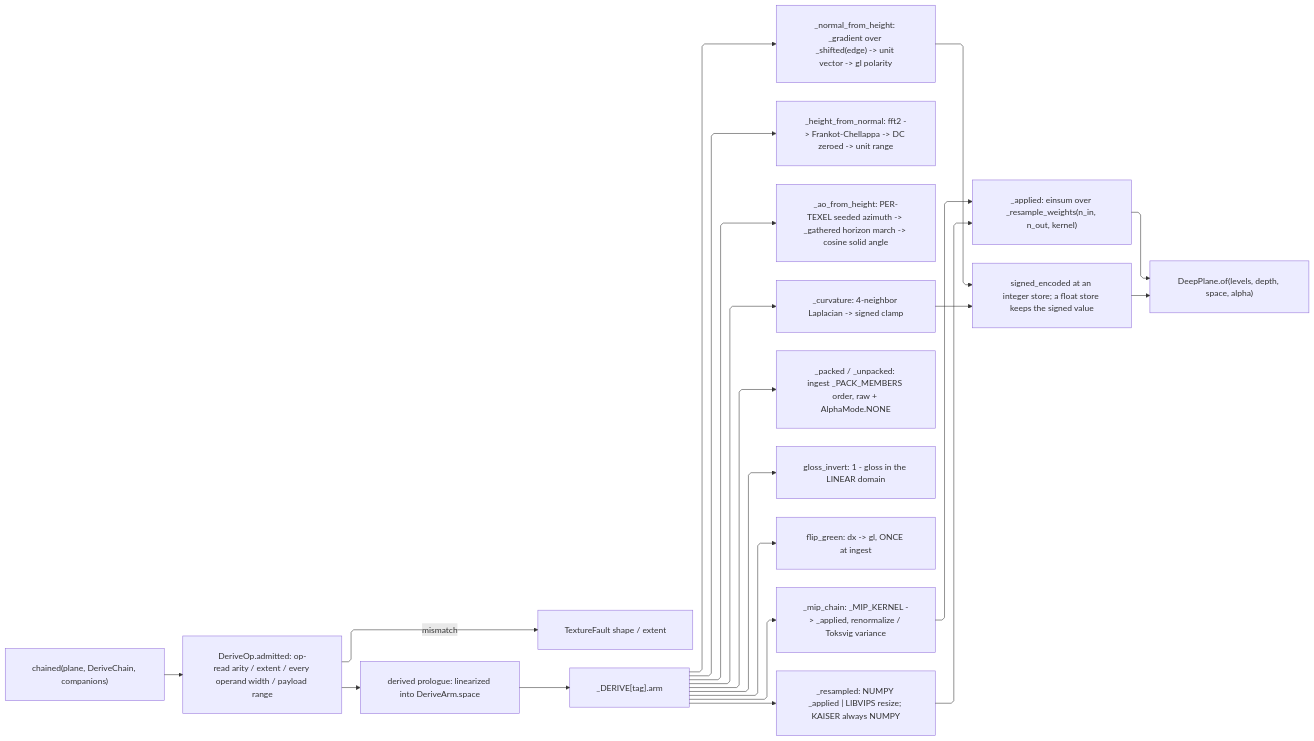
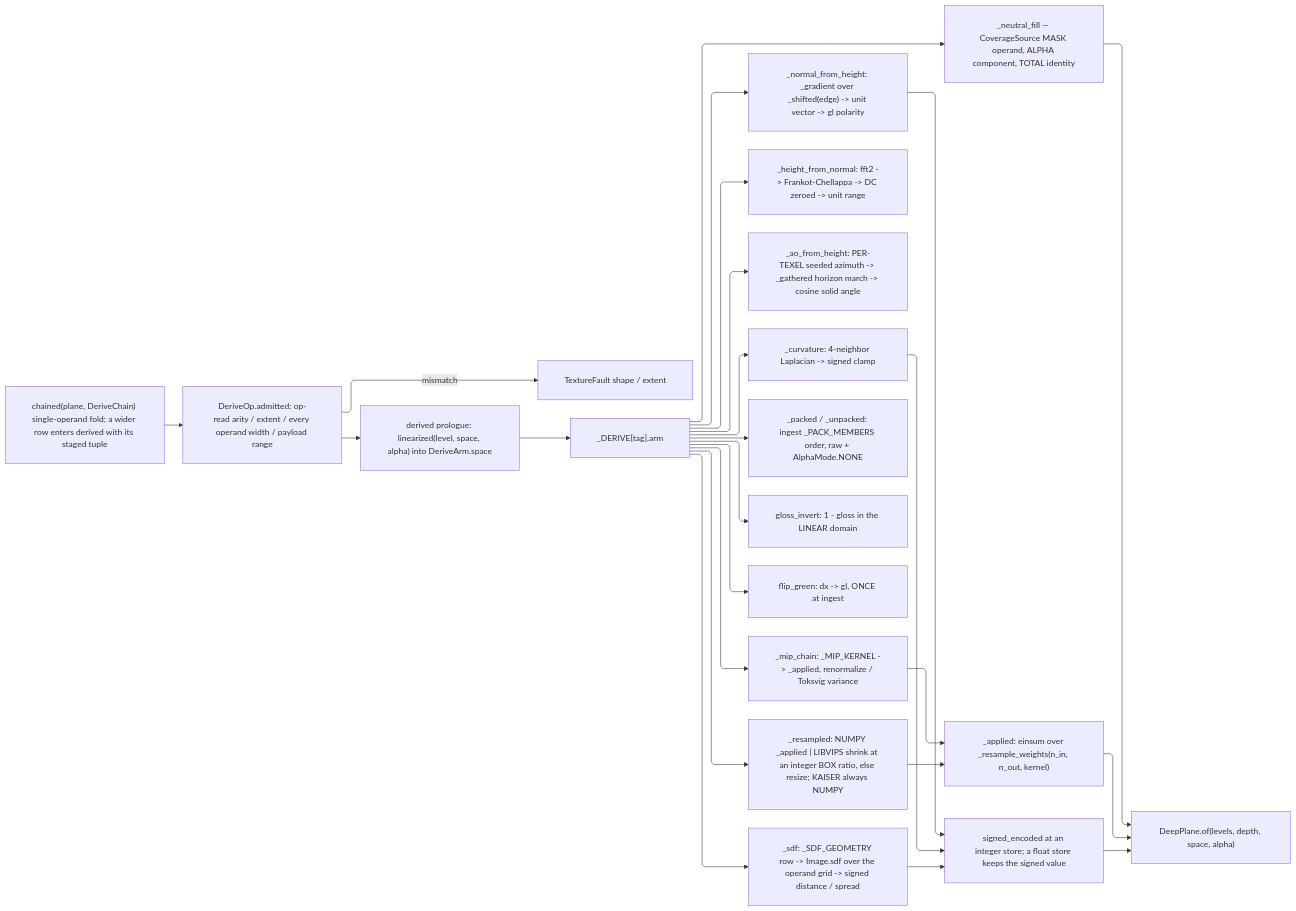
The diagram in libs/python/artifacts/.planning/graphic/texture/derive.md (bsamiee/Rasm), drawn with Mermaid before and after one commit. The commit also changed other lines of this file and 693 other files, not shown here.

````diff
--- a/libs/python/artifacts/.planning/graphic/texture/derive.md
+++ b/libs/python/artifacts/.planning/graphic/texture/derive.md
@@ -605,31 +725,35 @@
 ```mermaid
 ---
 config:
   layout: elk
   flowchart:
     curve: linear
     padding: 25
 ---
 flowchart LR
     accTitle: Texture derivation flow
     accDescr: A DeriveChain entering admission over op arity, extent, operand width, and payload range, dispatching through the _DERIVE row table into the numeric kernels, and returning the signed-remapped Plane.
-    Chain["chained(plane, DeriveChain, companions)"] --> Admit["DeriveOp.admitted: op-read arity / extent / every operand width / payload range"]
+    Chain["chained(plane, DeriveChain) single-operand fold; a wider row enters derived with its staged tuple"] --> Admit["DeriveOp.admitted: op-read arity / extent / every operand width / payload range"]
     Admit -->|"mismatch"| Fault["TextureFault shape / extent"]
-    Admit --> Pro["derived prologue: linearized into DeriveArm.space"]
+    Admit --> Pro["derived prologue: linearized(level, space, alpha) into DeriveArm.space"]
     Pro --> Disp["_DERIVE[tag].arm"]
     Disp --> NH["_normal_from_height: _gradient over _shifted(edge) -> unit vector -> gl polarity"]
     Disp --> HN["_height_from_normal: fft2 -> Frankot-Chellappa -> DC zeroed -> unit range"]
     Disp --> AO["_ao_from_height: PER-TEXEL seeded azimuth -> _gathered horizon march -> cosine solid angle"]
     Disp --> CV["_curvature: 4-neighbor Laplacian -> signed clamp"]
     Disp --> PK["_packed / _unpacked: ingest _PACK_MEMBERS order, raw + AlphaMode.NONE"]
     Disp --> GI["gloss_invert: 1 - gloss in the LINEAR domain"]
     Disp --> FG["flip_green: dx -> gl, ONCE at ingest"]
     Disp --> MC["_mip_chain: _MIP_KERNEL -> _applied, renormalize / Toksvig variance"]
-    Disp --> RS["_resampled: NUMPY _applied | LIBVIPS resize; KAISER always NUMPY"]
+    Disp --> RS["_resampled: NUMPY _applied | LIBVIPS shrink at an integer BOX ratio, else resize; KAISER always NUMPY"]
+    Disp --> SD["_sdf: _SDF_GEOMETRY row -> Image.sdf over the operand grid -> signed distance / spread"]
+    Disp --> NF["_neutral_fill — CoverageSource MASK operand, ALPHA component, TOTAL identity"]
     MC --> W["_applied: einsum over _resample_weights(n_in, n_out, kernel)"]
     RS --> W
+    SD --> Sig
+    NF --> Out
     W --> Out["DeepPlane.of(levels, depth, space, alpha)"]
     NH --> Sig["signed_encoded at an integer store; a float store keeps the signed value"]
     CV --> Sig
     Sig --> Out
 ```
````
